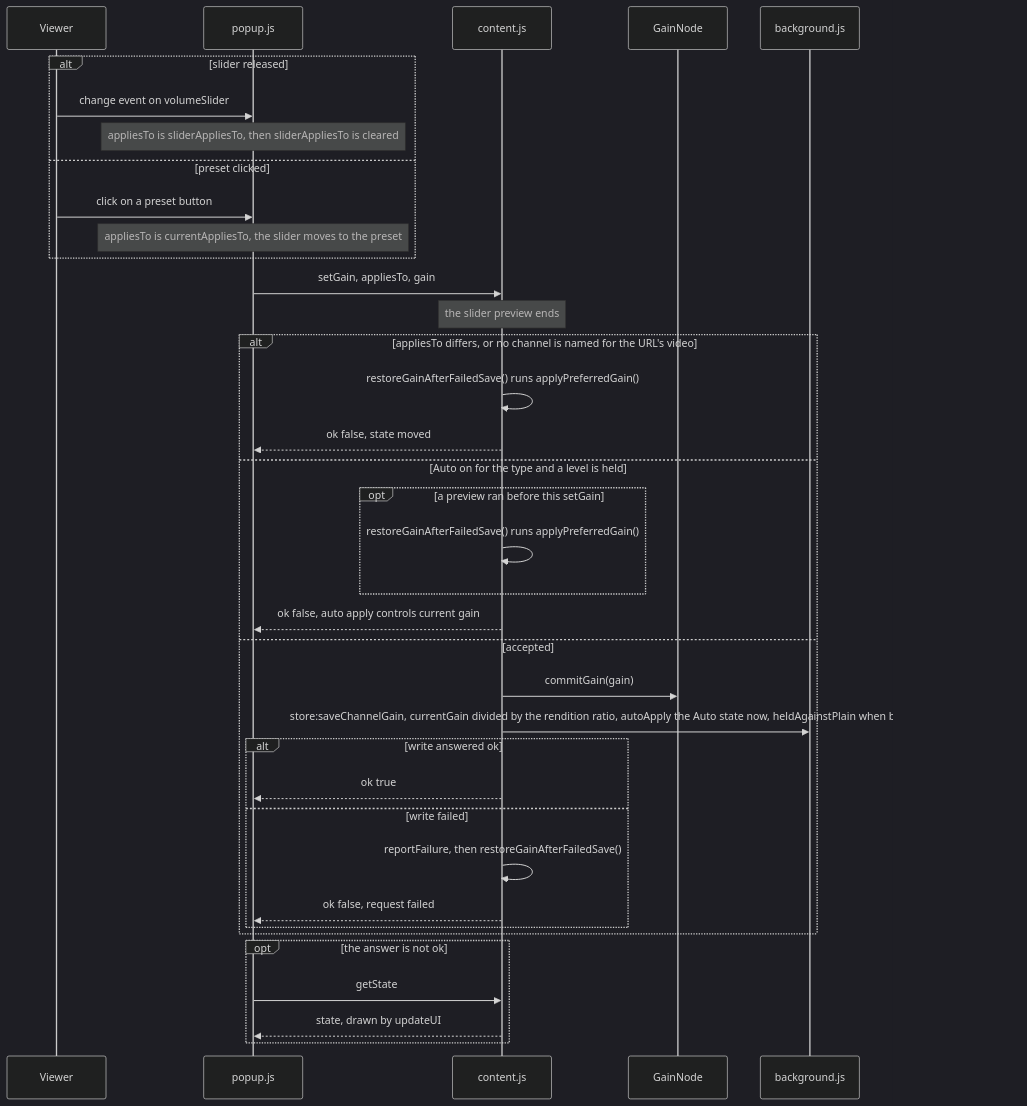
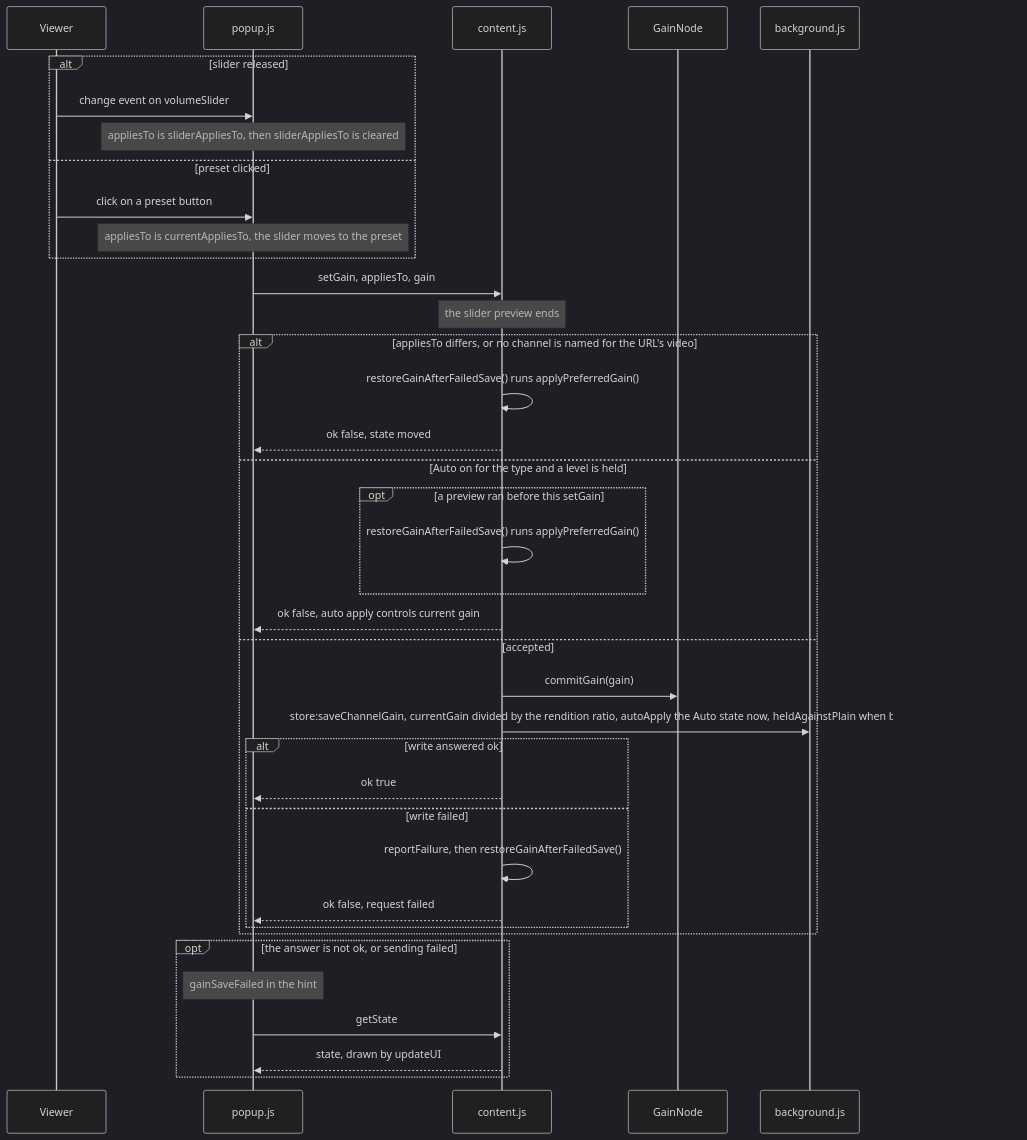
Before and after one commit to semnil/yt-channel-volume: the fourth of 14 diagrams in docs/gain-change-and-save.md, drawn with Mermaid (dark theme). The commit also changed other lines of this file and 10 other files, not shown here.

Commit message:
fix: say so in the popup when a gain is not saved, through core/common.js

````diff
--- a/docs/gain-change-and-save.md
+++ b/docs/gain-change-and-save.md
@@ -202,39 +202,40 @@
 ```mermaid
 sequenceDiagram
   participant V as Viewer
   participant P as popup.js
   participant C as content.js
   participant G as GainNode
   participant W as background.js
   alt slider released
     V->>P: change event on volumeSlider
     Note over P: appliesTo is sliderAppliesTo, then sliderAppliesTo is cleared
   else preset clicked
     V->>P: click on a preset button
     Note over P: appliesTo is currentAppliesTo, the slider moves to the preset
   end
   P->>C: setGain, appliesTo, gain
   Note over C: the slider preview ends
   alt appliesTo differs, or no channel is named for the URL's video
     C->>C: restoreGainAfterFailedSave() runs applyPreferredGain()
     C-->>P: ok false, state moved
   else Auto on for the type and a level is held
     opt a preview ran before this setGain
       C->>C: restoreGainAfterFailedSave() runs applyPreferredGain()
     end
     C-->>P: ok false, auto apply controls current gain
   else accepted
     C->>G: commitGain(gain)
     C->>W: store:saveChannelGain, currentGain divided by the rendition ratio, autoApply the Auto state now, heldAgainstPlain when baseLoudnessDb is known
     alt write answered ok
       C-->>P: ok true
     else write failed
       C->>C: reportFailure, then restoreGainAfterFailedSave()
       C-->>P: ok false, request failed
     end
   end
-  opt the answer is not ok
+  opt the answer is not ok, or sending failed
+    Note over P: gainSaveFailed in the hint
     P->>C: getState
     C-->>P: state, drawn by updateUI
   end
 ```
````
